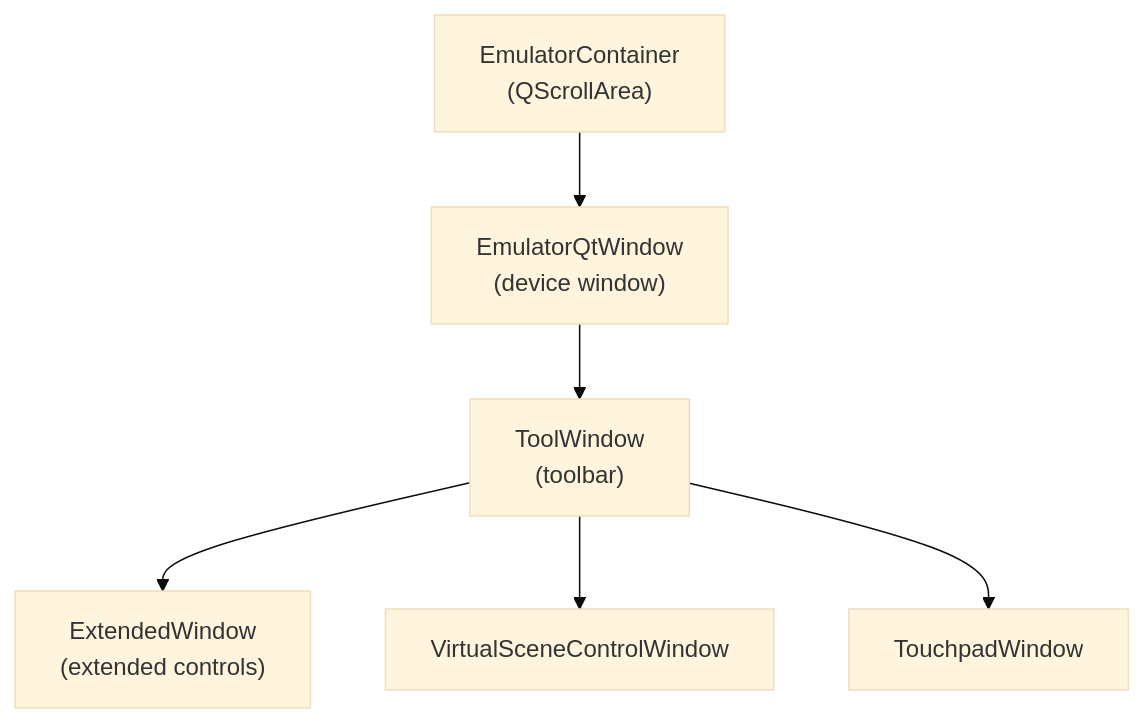
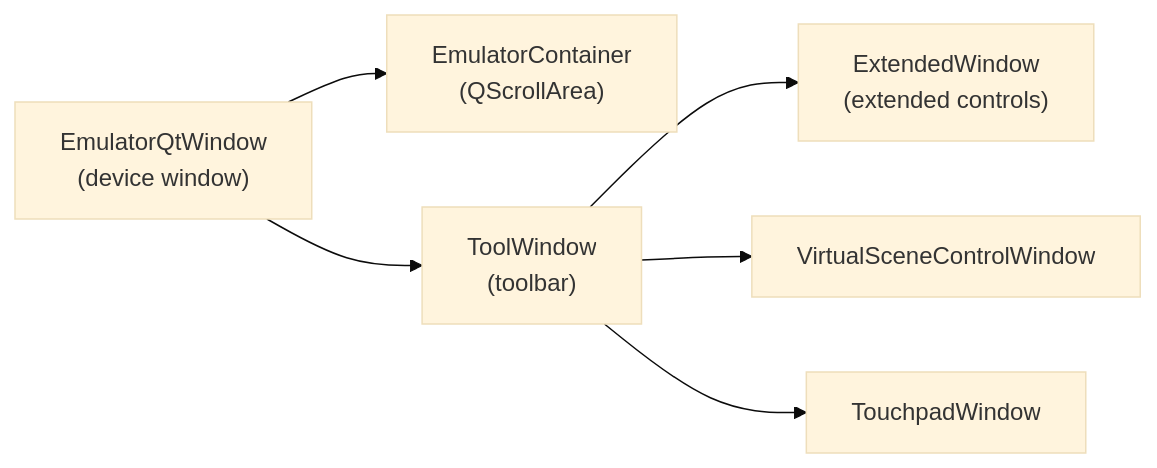
The second of 8 diagrams in 22-qt-ui.md (aospbooks/android-emulator-internal-book), drawn with Mermaid (base theme) before and after one commit. The commit also changed other lines of this file and 31 other files, not shown here.

````diff
--- a/22-qt-ui.md
+++ b/22-qt-ui.md
@@ -84,15 +84,15 @@
 ```mermaid
-flowchart TD
+flowchart LR
+    Window["EmulatorQtWindow<br/>(device window)"]
     Container["EmulatorContainer<br/>(QScrollArea)"]
-    Window["EmulatorQtWindow<br/>(device window)"]
     Tool["ToolWindow<br/>(toolbar)"]
     Ext["ExtendedWindow<br/>(extended controls)"]
     VS["VirtualSceneControlWindow"]
     TP["TouchpadWindow"]
 
-    Container --> Window
+    Window --> Container
     Window --> Tool
     Tool --> Ext
     Tool --> VS
     Tool --> TP
 ```
````
